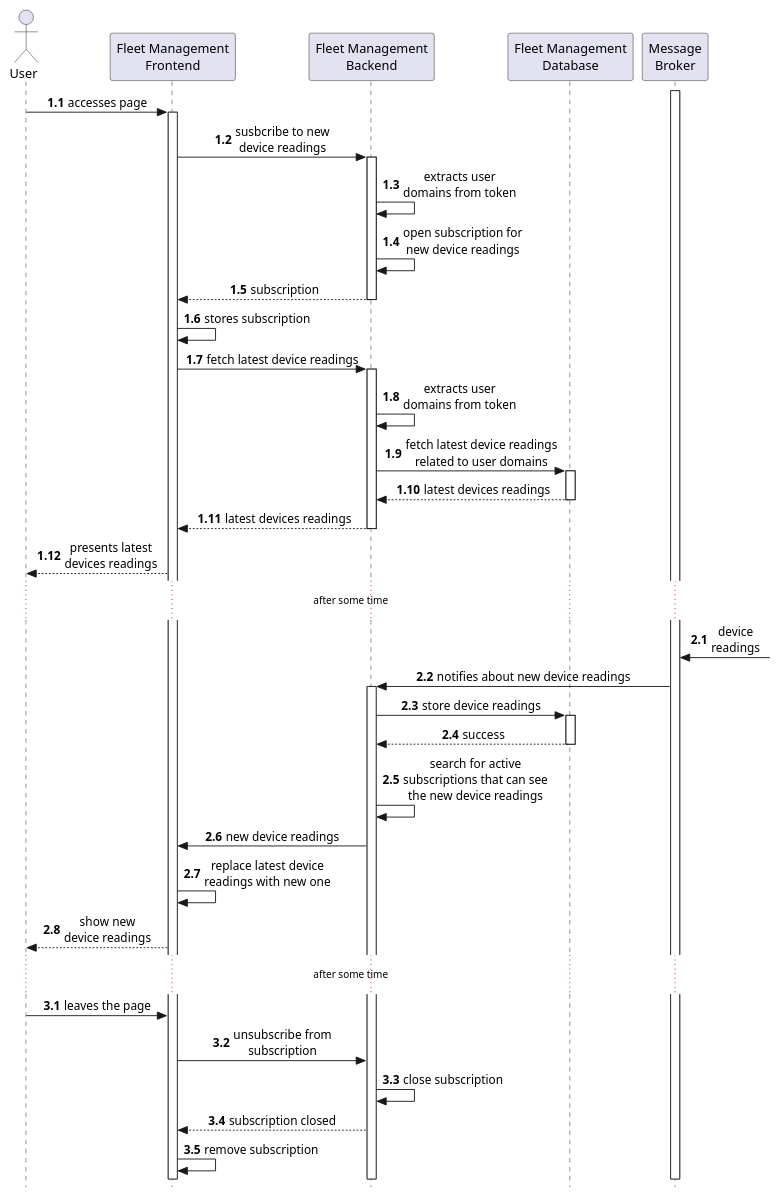
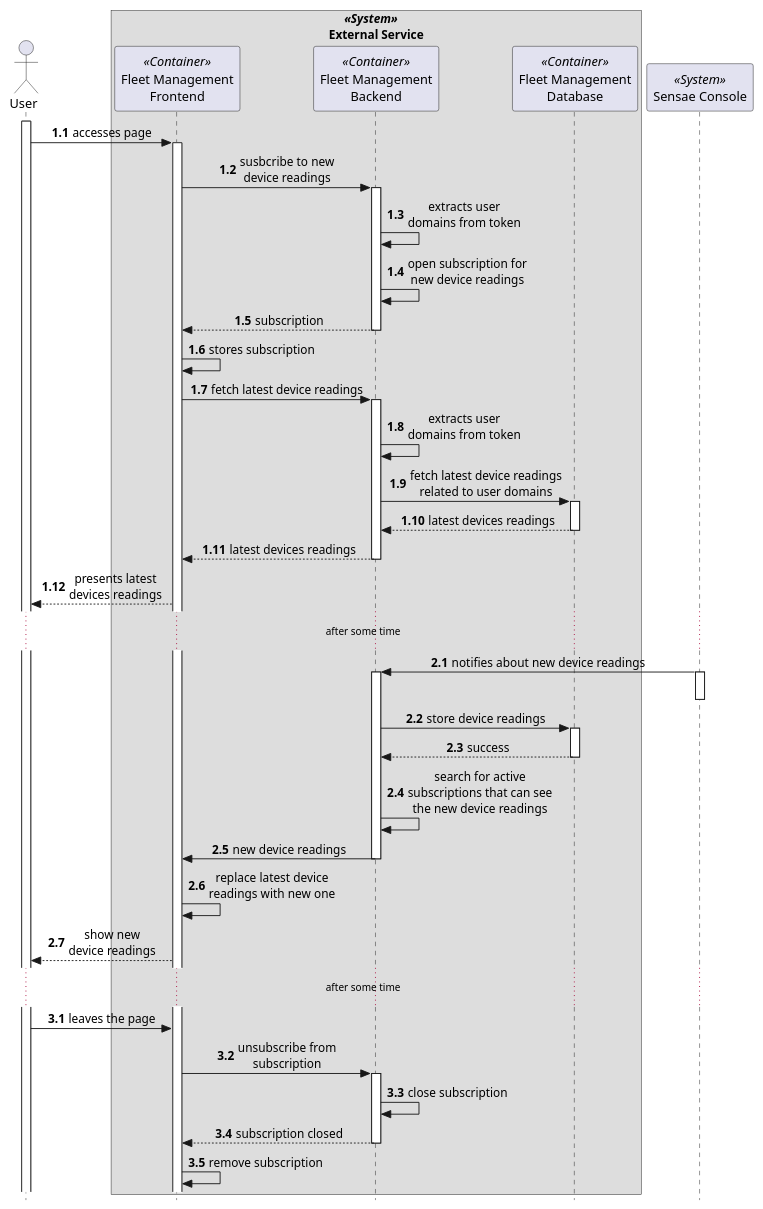
Before and after one commit to FilipeMCruz/dissertation: the diagram in assets/diagrams/design/architectural/level2/process/device-live-location.pu, drawn with PlantUML. The commit also changed 165 other files, not shown here.

Commit message:
Fixed level 3 of design and some diagrams here and there

```diff
--- a/assets/diagrams/design/architectural/level2/process/device-live-location.pu
+++ b/assets/diagrams/design/architectural/level2/process/device-live-location.pu
@@ -1,45 +1,51 @@
 @startuml device-live-location
 
 skinparam sequenceMessageAlign center
 skinparam style strictuml
 autonumber 1.1
 actor User
 
-participant "Fleet Management\nFrontend" as FRONT
-participant "Fleet Management\nBackend" as BACK
-participant "Fleet Management\nDatabase" as DB
-participant "Message\nBroker" as MB
+box "     //<<System>>//\nExternal Service"
+participant "Fleet Management\nFrontend" as FRONT <<Container>>
+participant "Fleet Management\nBackend" as BACK <<Container>>
+participant "Fleet Management\nDatabase" as DB <<Container>>
+end box
 
-activate MB 
+participant "Sensae Console" as MB <<System>>
 
+activate User
 User -> FRONT ++ : accesses page
 FRONT -> BACK ++ : susbcribe to new\ndevice readings
 BACK -> BACK : extracts user\ndomains from token
 BACK -> BACK : open subscription for\nnew device readings
 return subscription
 FRONT -> FRONT : stores subscription
 FRONT -> BACK ++ : fetch latest device readings
 BACK -> BACK : extracts user\ndomains from token
 BACK -> DB ++ : fetch latest device readings\nrelated to user domains
 return latest devices readings
 return latest devices readings
 FRONT --> User: presents latest\ndevices readings
 ... after some time ...
 autonumber inc A
-MB <-? : device\nreadings
 MB -> BACK ++ : notifies about new device readings
+activate MB
+deactivate MB 
 BACK -> DB ++ : store device readings
 return success
 BACK -> BACK : search for active\nsubscriptions that can see\nthe new device readings
 BACK -> FRONT : new device readings
+deactivate BACK
 FRONT -> FRONT : replace latest device\nreadings with new one
 FRONT --> User : show new\ndevice readings
 ... after some time ...
 autonumber inc A
 User -> FRONT : leaves the page
 FRONT -> BACK : unsubscribe from\nsubscription
+activate BACK
 BACK -> BACK : close subscription
 BACK --> FRONT : subscription closed
+deactivate BACK
 FRONT -> FRONT : remove subscription
 
 @enduml
```
